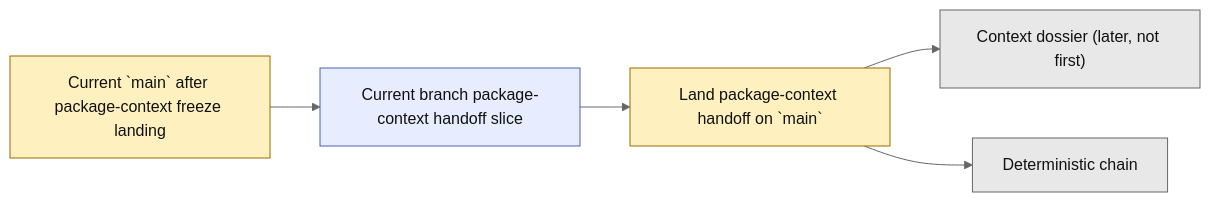
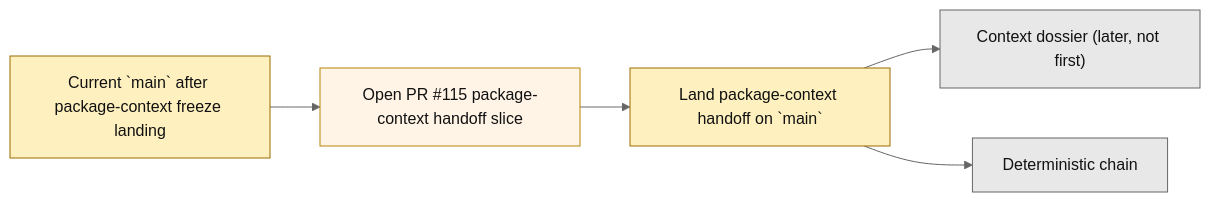
The second of 2 diagrams in next_milestone_plans/layer3_progress_board.md (benjmcd/project6_REPO_MCP_FOLDER), drawn with Mermaid (neutral theme) before and after one commit. The commit also changed other lines of this file and 3 other files, not shown here.

Commit message:
docs(layer3): mark package-context handoff open

````diff
--- a/next_milestone_plans/layer3_progress_board.md
+++ b/next_milestone_plans/layer3_progress_board.md
@@ -120,16 +120,16 @@
 ```mermaid
 flowchart LR
-    A["Current `main` after package-context freeze landing"] --> B["Current branch package-context handoff slice"]
+    A["Current `main` after package-context freeze landing"] --> B["Open PR #115 package-context handoff slice"]
     B --> C["Land package-context handoff on `main`"]
     C --> D["Context dossier (later, not first)"]
     C --> E["Deterministic chain"]
 
     classDef next fill:#fff1bf,stroke:#9a6b00,color:#111;
     classDef future fill:#e8e8e8,stroke:#666,color:#111;
-    classDef branch fill:#e7edff,stroke:#4b63b3,color:#111;
+    classDef open fill:#fff4e6,stroke:#b8860b,color:#111;
 
     class A next;
-    class B branch;
+    class B open;
     class C next;
     class D,E future;
 ```
````
